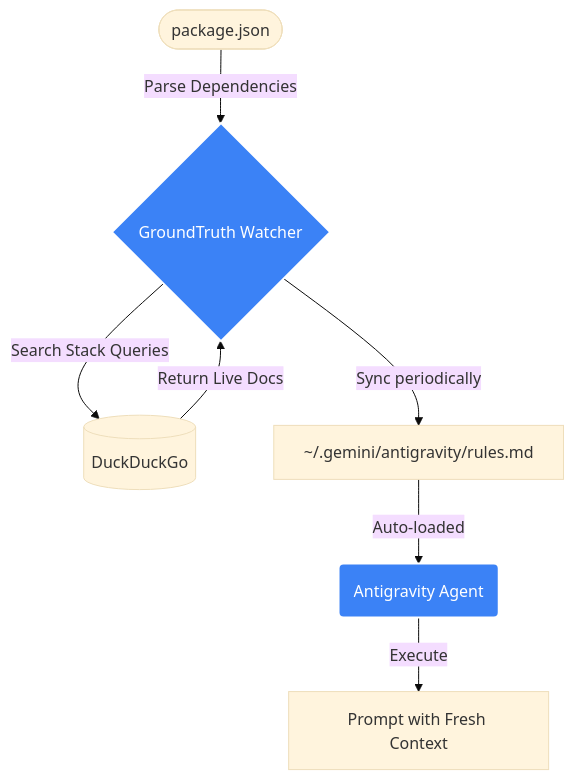
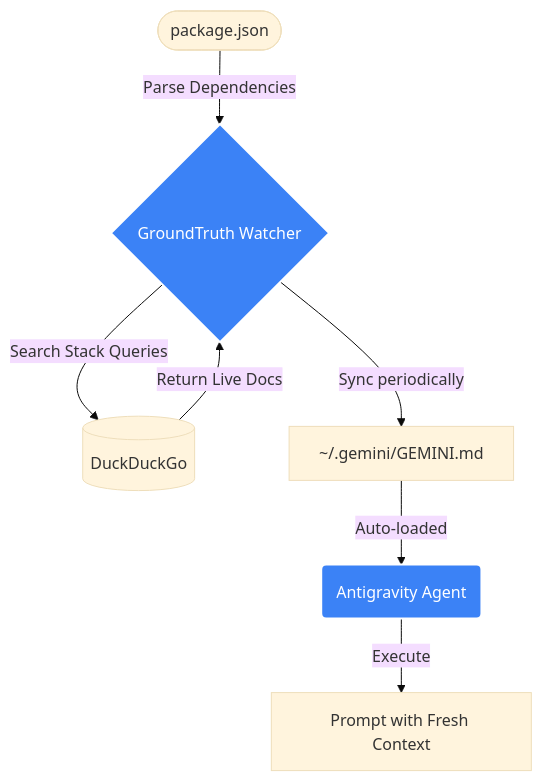
The second of 2 diagrams in README.md (anto0102/GroundTruth), drawn with Mermaid (base theme) before and after one commit. The commit also changed other lines of this file, not shown here.

Commit message:
docs: fix markdown misnomers and rules filename target

````diff
--- a/README.md
+++ b/README.md
@@ -52,12 +52,12 @@
 ```mermaid
 flowchart TD
     pkg([package.json]) -->|Parse Dependencies| GT{GroundTruth Watcher}
     GT -->|Search Stack Queries| DDG[(DuckDuckGo)]
     DDG -->|Return Live Docs| GT
-    GT -->|Sync periodically| File[~/.gemini/antigravity/rules.md]
+    GT -->|Sync periodically| File[~/.gemini/GEMINI.md]
     File -->|Auto-loaded| Agent(Antigravity Agent)
     Agent -->|Execute| Prompt[Prompt with Fresh Context]
 
     classDef core fill:#3B82F6,stroke:#fff,stroke-width:2px,color:#fff;
     class GT,Agent core;
 ```
````
